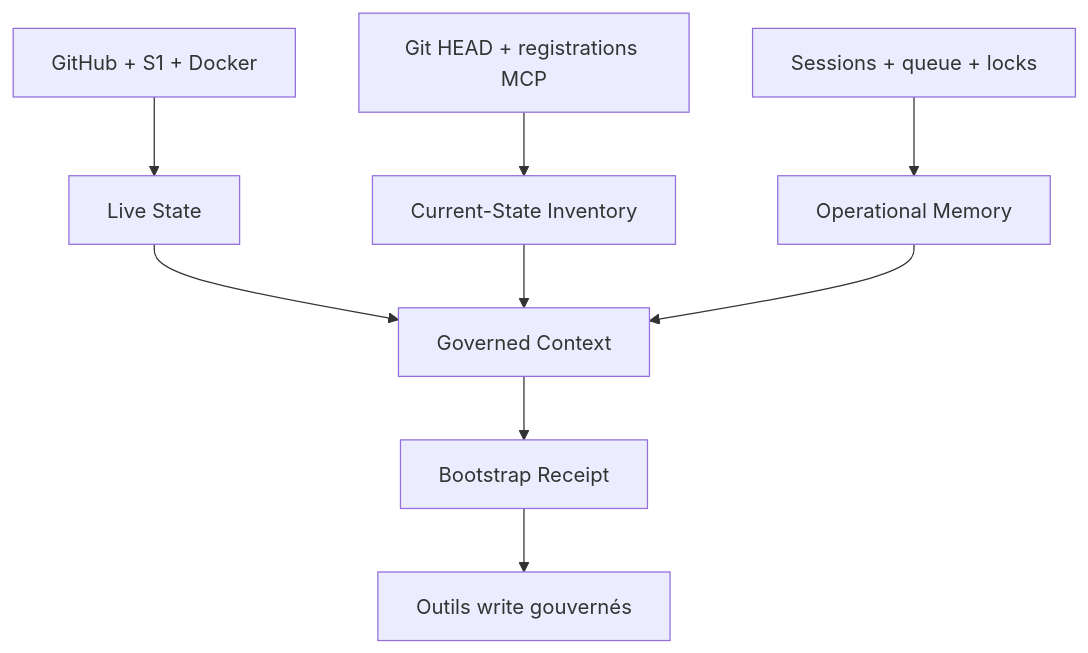
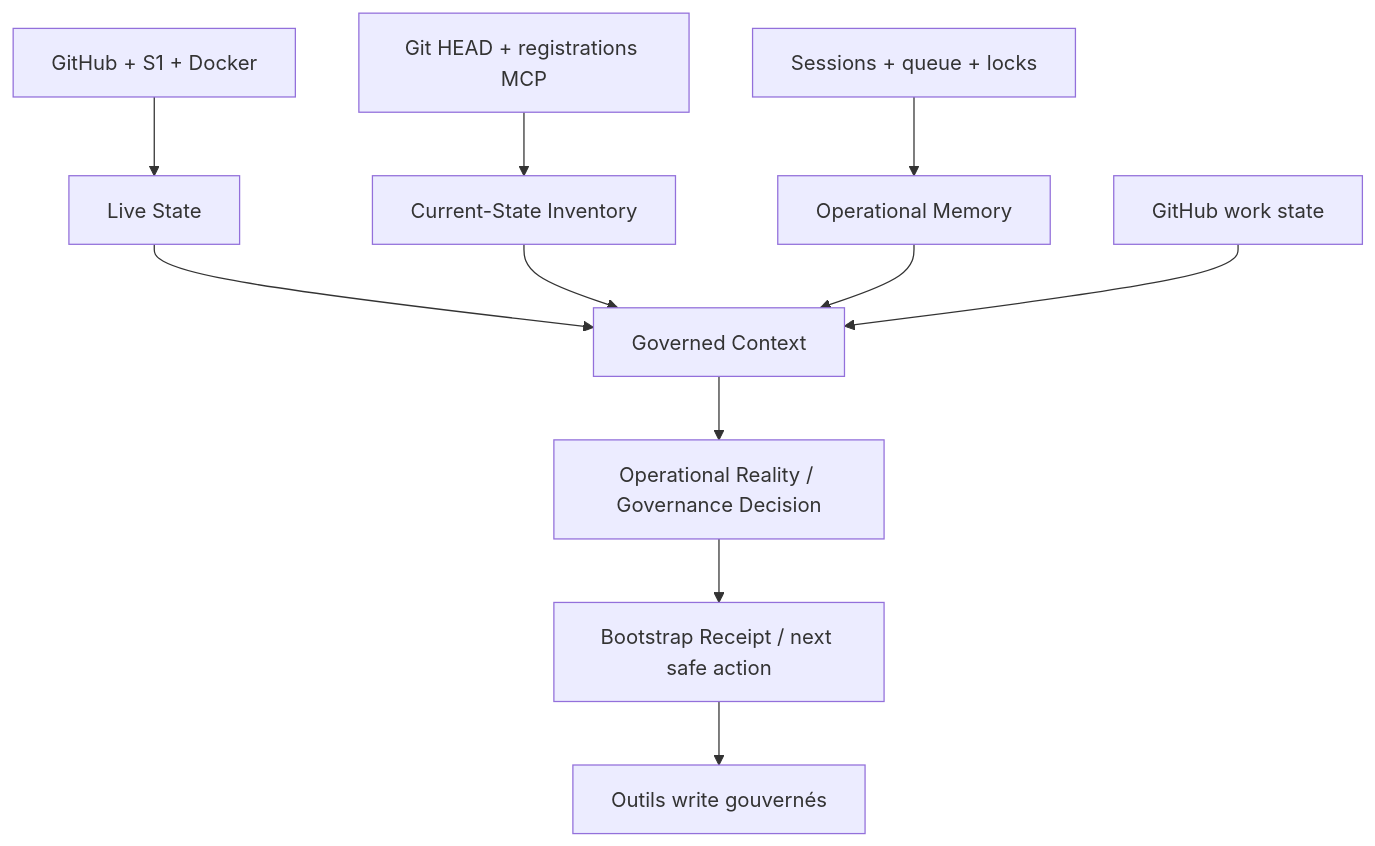
One commit to Patricked-code/MCP changed the diagram in ARCHITECTURE.md. Above: the diagram before and after it, drawn with Mermaid. The commit also changed other lines of this file and 5 other files, not shown here.

Commit message:
docs(governance): document unified operational work state

````diff
--- a/ARCHITECTURE.md
+++ b/ARCHITECTURE.md
@@ -42,11 +42,13 @@
 ```mermaid
 flowchart TD
     A["GitHub + S1 + Docker"] --> B["Live State"]
     C["Git HEAD + registrations MCP"] --> D["Current-State Inventory"]
     E["Sessions + queue + locks"] --> F["Operational Memory"]
     B --> G["Governed Context"]
     D --> G
     F --> G
-    G --> H["Bootstrap Receipt"]
+    J["GitHub work state"] --> G
+    G --> K["Operational Reality / Governance Decision"]
+    K --> H["Bootstrap Receipt / next safe action"]
     H --> I["Outils write gouvernés"]
 ```
````
